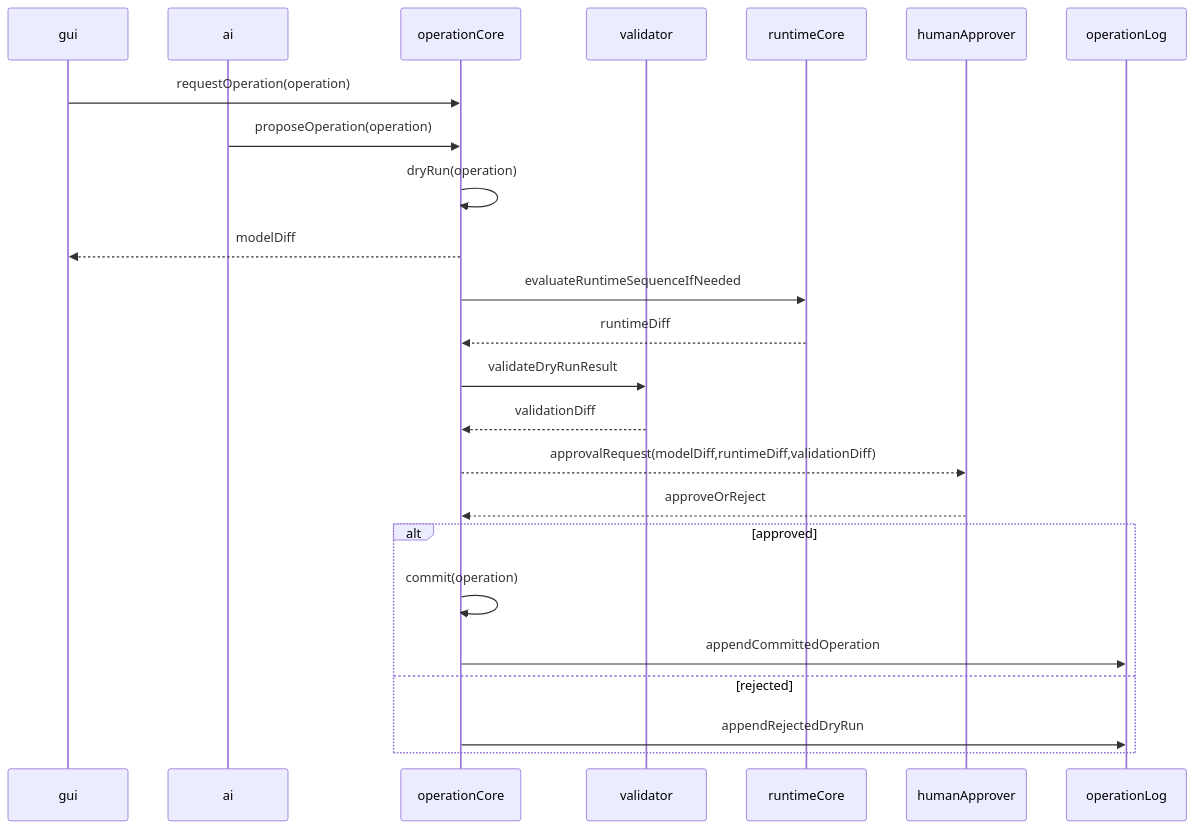
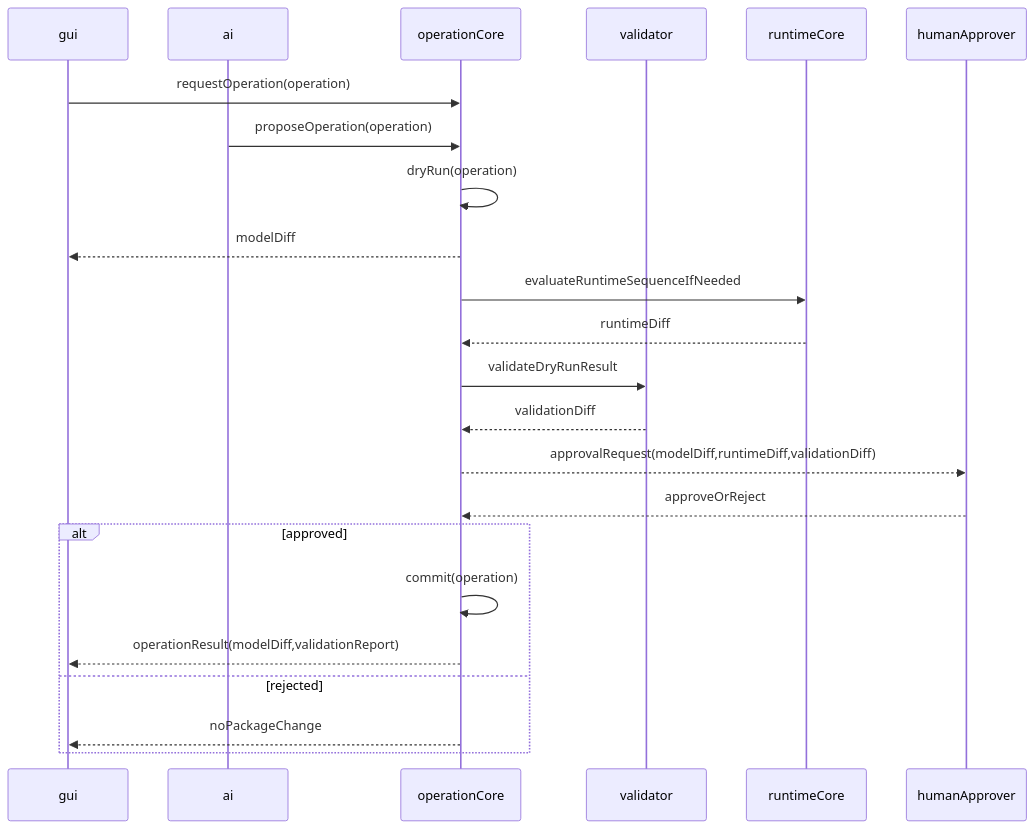
One commit to remie-code/2d-rigging-lab changed the first of 2 diagrams in discussion/development_convention/operation-policy.md. Above: the diagram before and after it, drawn with Mermaid. The commit also changed other lines of this file and 73 other files, not shown here.

First line of the commit message:
docs: retire the operation log from criteria, policies and contracts

````diff
--- a/discussion/development_convention/operation-policy.md
+++ b/discussion/development_convention/operation-policy.md
@@ -253,27 +221,26 @@
 ```mermaid
 sequenceDiagram
   participant GUI as gui
   participant AI as ai
   participant OpCore as operationCore
   participant Validator as validator
   participant Runtime as runtimeCore
   participant Human as humanApprover
-  participant Log as operationLog
 
   GUI->>OpCore: requestOperation(operation)
   AI->>OpCore: proposeOperation(operation)
   OpCore->>OpCore: dryRun(operation)
   OpCore-->>GUI: modelDiff
   OpCore->>Runtime: evaluateRuntimeSequenceIfNeeded
   Runtime-->>OpCore: runtimeDiff
   OpCore->>Validator: validateDryRunResult
   Validator-->>OpCore: validationDiff
   OpCore-->>Human: approvalRequest(modelDiff,runtimeDiff,validationDiff)
   Human-->>OpCore: approveOrReject
   alt approved
     OpCore->>OpCore: commit(operation)
-    OpCore->>Log: appendCommittedOperation
+    OpCore-->>GUI: operationResult(modelDiff,validationReport)
   else rejected
-    OpCore->>Log: appendRejectedDryRun
+    OpCore-->>GUI: noPackageChange
   end
 ```
````
